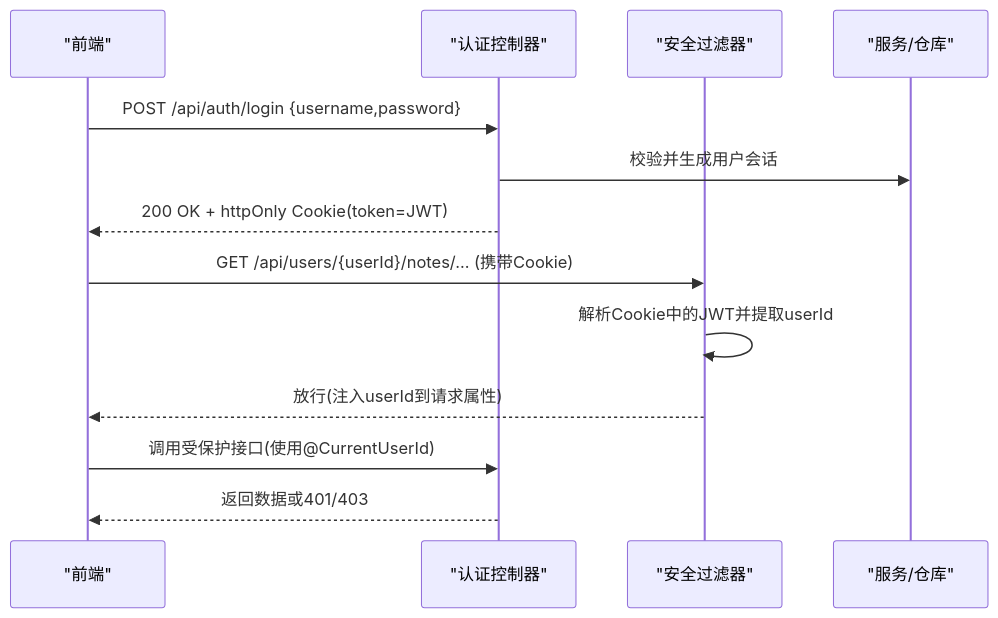
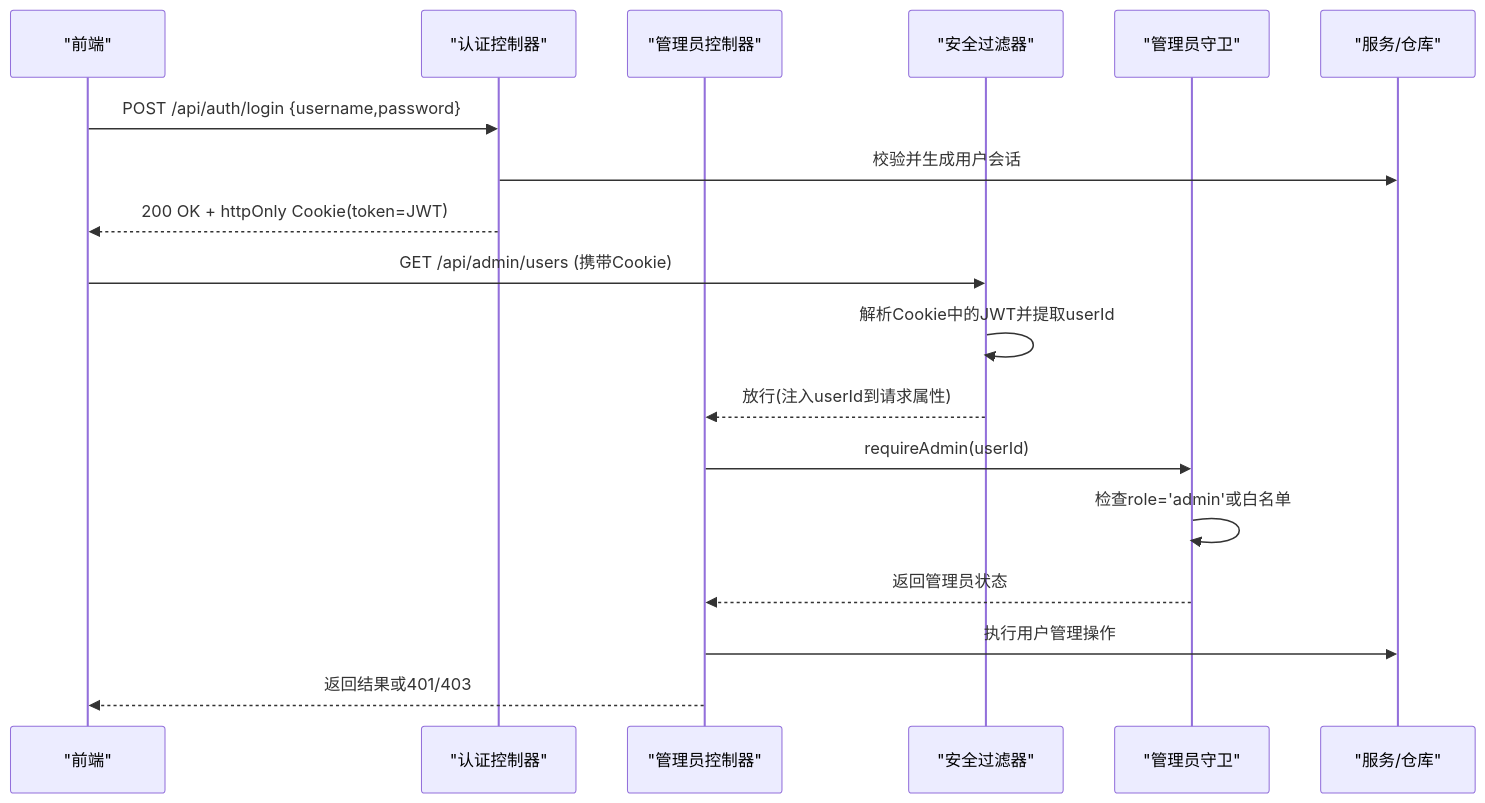
One commit to huangman881112/aiforip changed the second of 4 diagrams in .qoder/repowiki/zh/content/后端API文档/用户管理API.md. Above: the diagram before and after it, drawn with Mermaid. The commit also changed other lines of this file and 98 other files, not shown here.

````diff
--- a/.qoder/repowiki/zh/content/后端API文档/用户管理API.md
+++ b/.qoder/repowiki/zh/content/后端API文档/用户管理API.md
@@ -117,15 +132,20 @@
 ```mermaid
 sequenceDiagram
 participant FE as "前端"
 participant AUTH as "认证控制器"
+participant ADMIN as "管理员控制器"
 participant SEC as "安全过滤器"
+participant GUARD as "管理员守卫"
 participant SVC as "服务/仓库"
 FE->>AUTH : POST /api/auth/login {username,password}
 AUTH->>SVC : 校验并生成用户会话
 AUTH-->>FE : 200 OK + httpOnly Cookie(token=JWT)
-FE->>SEC : GET /api/users/{userId}/notes/... (携带Cookie)
+FE->>SEC : GET /api/admin/users (携带Cookie)
 SEC->>SEC : 解析Cookie中的JWT并提取userId
-SEC-->>FE : 放行(注入userId到请求属性)
-FE->>AUTH : 调用受保护接口(使用@CurrentUserId)
-AUTH-->>FE : 返回数据或401/403
+SEC-->>ADMIN : 放行(注入userId到请求属性)
+ADMIN->>GUARD : requireAdmin(userId)
+GUARD->>GUARD : 检查role='admin'或白名单
+GUARD-->>ADMIN : 返回管理员状态
+ADMIN->>SVC : 执行用户管理操作
+ADMIN-->>FE : 返回结果或401/403
 ```
````
